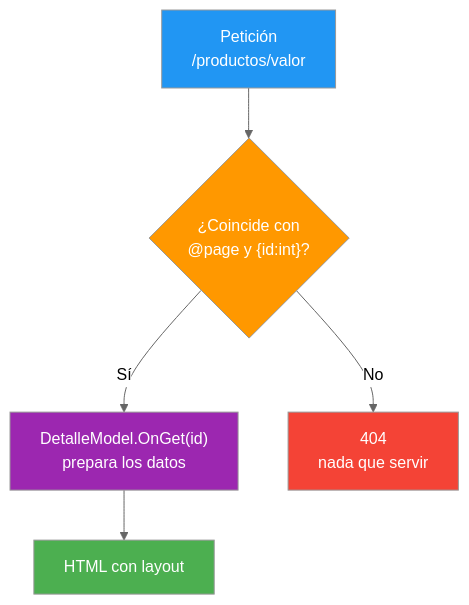
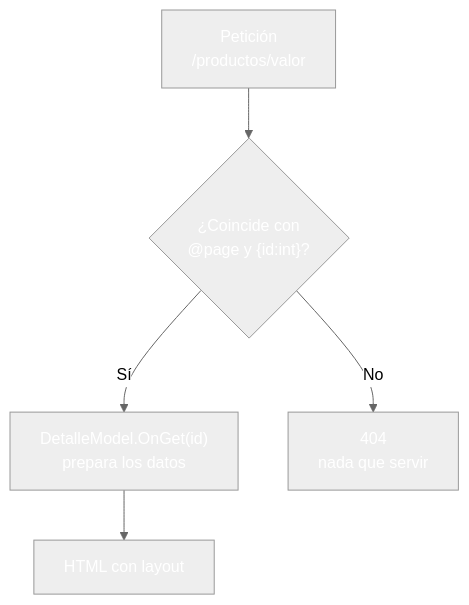
Before and after one commit to joseluisgs/DesarrolloWebEntornosServidor-03-2026-2027: the third of 4 diagrams in 10-razorpages-fundamentos.md, drawn with Mermaid (neutral theme). The commit also changed other lines of this file and 30 other files, not shown here.

````diff
--- a/10-razorpages-fundamentos.md
+++ b/10-razorpages-fundamentos.md
@@ -234,12 +234,12 @@
 ```mermaid
 graph TD
     A["Petición<br/>/productos/valor"] --> B{"¿Coincide con<br/>@page y {id:int}?"}
     B -->|Sí| C["DetalleModel.OnGet(id)<br/>prepara los datos"]
     B -->|No| D["404<br/>nada que servir"]
     C --> E["HTML con layout"]
-    style A fill:#2196F3,color:#fff
-    style B fill:#FF9800,color:#fff
-    style C fill:#9C27B0,color:#fff
-    style D fill:#f44336,color:#fff
-    style E fill:#4CAF50,color:#fff
+    style A fill:#2196F,color:#fff3,color:#fff
+    style B fill:#FF980,color:#fff0,color:#fff
+    style C fill:#9C27B,color:#fff0,color:#fff
+    style D fill:#f4433,color:#fff6,color:#fff
+    style E fill:#4CAF5,color:#fff0,color:#fff
 ```
````
